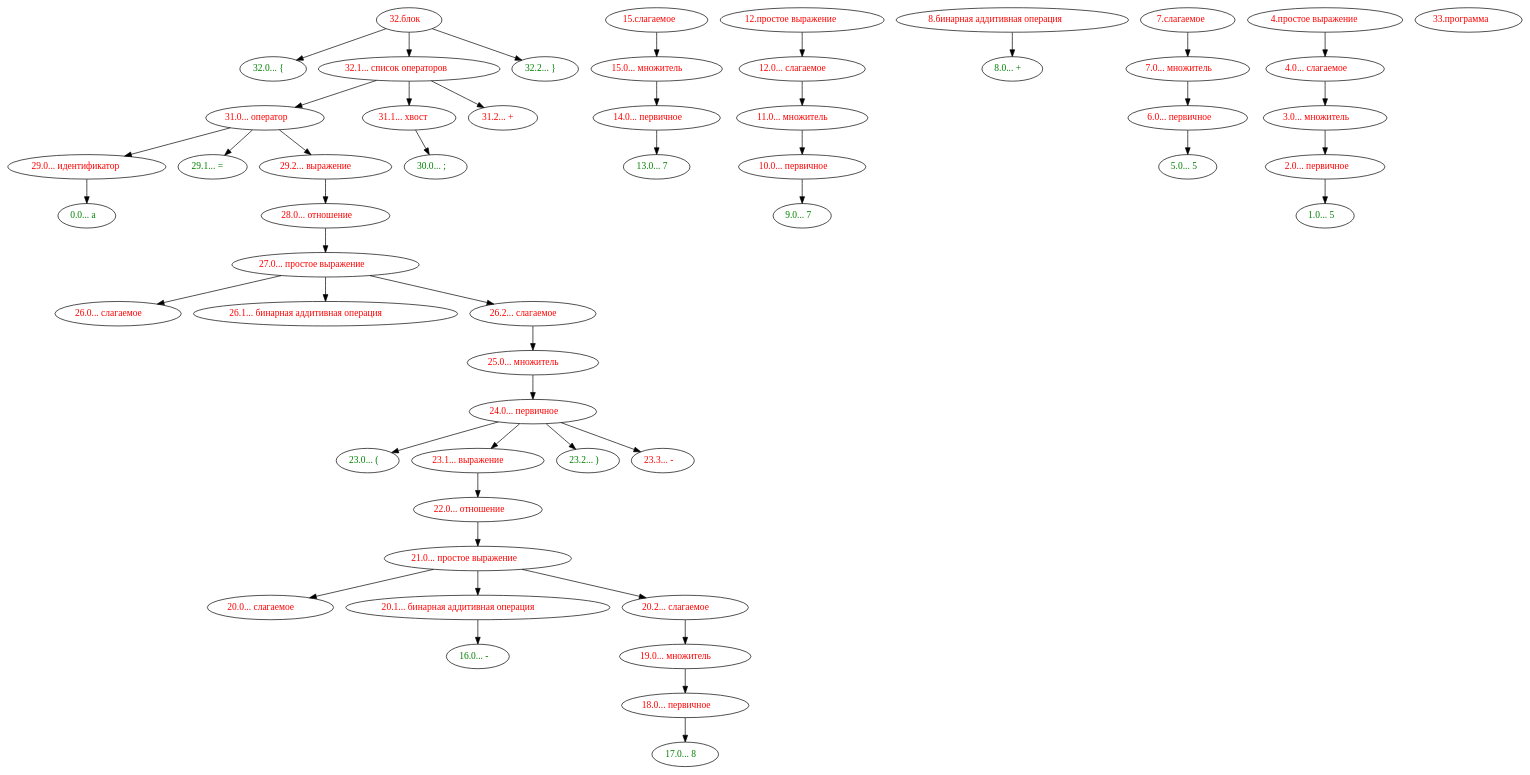
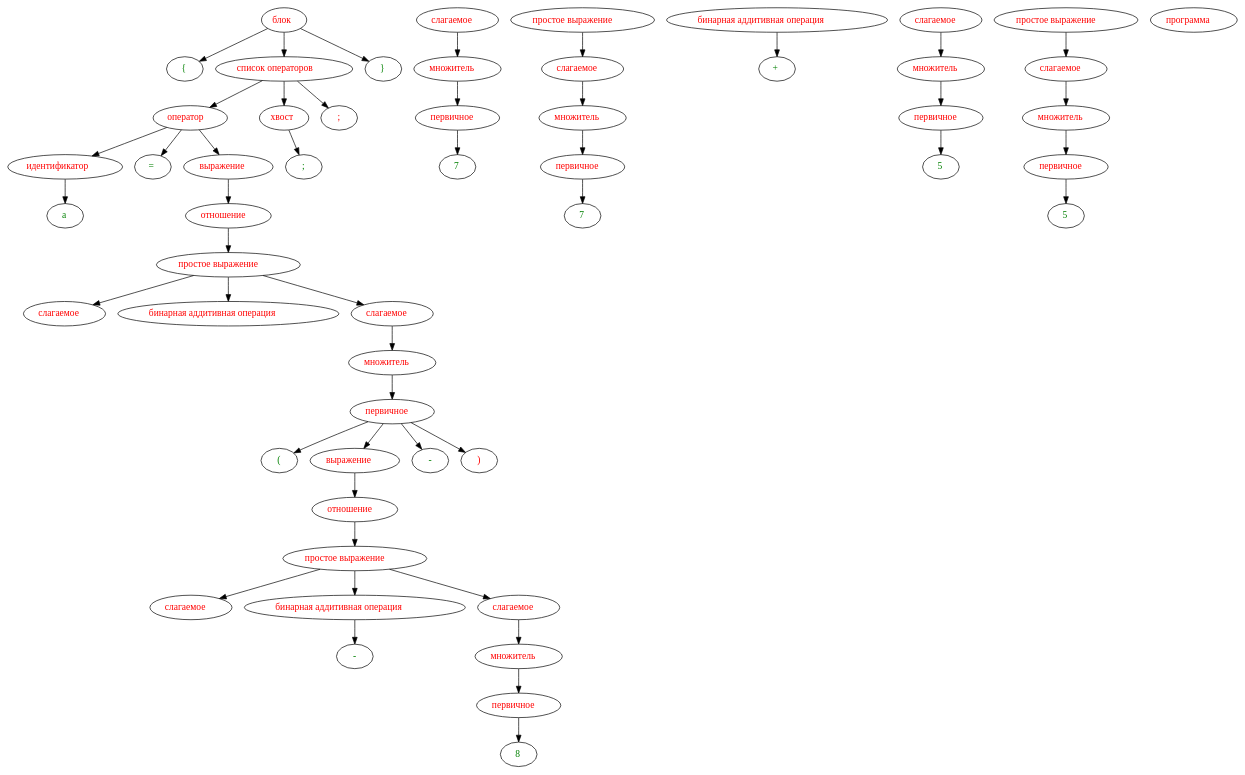
The diagram in 2/assets/hello.dot (SmartPhoneJava/compiler-design), drawn with Graphviz before and after one commit. The commit also changed 8 other files, not shown here.

```diff
--- a/2/assets/hello.dot
+++ b/2/assets/hello.dot
@@ -1,102 +1,102 @@
 digraph G {
-	"32.блок"->"32.0... {";
-	"32.блок"->"32.1... список операторов";
-	"32.блок"->"32.2... }";
-	"32.1... список операторов"->"31.0... оператор";
-	"32.1... список операторов"->"31.1... хвост";
-	"32.1... список операторов"->"31.2... +";
-	"31.1... хвост"->"30.0... ;";
-	"31.0... оператор"->"29.0... идентификатор";
-	"31.0... оператор"->"29.1... =";
-	"31.0... оператор"->"29.2... выражение";
-	"29.2... выражение"->"28.0... отношение";
-	"28.0... отношение"->"27.0... простое выражение";
-	"27.0... простое выражение"->"26.0... слагаемое";
-	"27.0... простое выражение"->"26.1... бинарная аддитивная операция";
-	"27.0... простое выражение"->"26.2... слагаемое";
-	"26.2... слагаемое"->"25.0... множитель";
-	"25.0... множитель"->"24.0... первичное";
-	"24.0... первичное"->"23.0... (";
-	"24.0... первичное"->"23.1... выражение";
-	"24.0... первичное"->"23.2... )";
-	"24.0... первичное"->"23.3... -";
-	"23.1... выражение"->"22.0... отношение";
-	"22.0... отношение"->"21.0... простое выражение";
-	"21.0... простое выражение"->"20.0... слагаемое";
-	"21.0... простое выражение"->"20.1... бинарная аддитивная операция";
-	"21.0... простое выражение"->"20.2... слагаемое";
-	"20.2... слагаемое"->"19.0... множитель";
-	"19.0... множитель"->"18.0... первичное";
-	"18.0... первичное"->"17.0... 8";
-	"20.1... бинарная аддитивная операция"->"16.0... -";
-	"15.слагаемое"->"15.0... множитель";
-	"15.0... множитель"->"14.0... первичное";
-	"14.0... первичное"->"13.0... 7";
-	"12.простое выражение"->"12.0... слагаемое";
-	"12.0... слагаемое"->"11.0... множитель";
-	"11.0... множитель"->"10.0... первичное";
-	"10.0... первичное"->"9.0... 7";
-	"8.бинарная аддитивная операция"->"8.0... +";
-	"7.слагаемое"->"7.0... множитель";
-	"7.0... множитель"->"6.0... первичное";
-	"6.0... первичное"->"5.0... 5";
-	"4.простое выражение"->"4.0... слагаемое";
-	"4.0... слагаемое"->"3.0... множитель";
-	"3.0... множитель"->"2.0... первичное";
-	"2.0... первичное"->"1.0... 5";
-	"29.0... идентификатор"->"0.0... a";
-	"0.0... a" [ label=<<font color="green">0.0... a</font>> ];
-	"1.0... 5" [ label=<<font color="green">1.0... 5</font>> ];
-	"10.0... первичное" [ label=<<font color="red">10.0... первичное</font>> ];
-	"11.0... множитель" [ label=<<font color="red">11.0... множитель</font>> ];
-	"12.0... слагаемое" [ label=<<font color="red">12.0... слагаемое</font>> ];
-	"12.простое выражение" [ label=<<font color="red">12.простое выражение</font>> ];
-	"13.0... 7" [ label=<<font color="green">13.0... 7</font>> ];
-	"14.0... первичное" [ label=<<font color="red">14.0... первичное</font>> ];
-	"15.0... множитель" [ label=<<font color="red">15.0... множитель</font>> ];
-	"15.слагаемое" [ label=<<font color="red">15.слагаемое</font>> ];
-	"16.0... -" [ label=<<font color="green">16.0... -</font>> ];
-	"17.0... 8" [ label=<<font color="green">17.0... 8</font>> ];
-	"18.0... первичное" [ label=<<font color="red">18.0... первичное</font>> ];
-	"19.0... множитель" [ label=<<font color="red">19.0... множитель</font>> ];
-	"2.0... первичное" [ label=<<font color="red">2.0... первичное</font>> ];
-	"20.0... слагаемое" [ label=<<font color="red">20.0... слагаемое</font>> ];
-	"20.1... бинарная аддитивная операция" [ label=<<font color="red">20.1... бинарная аддитивная операция</font>> ];
-	"20.2... слагаемое" [ label=<<font color="red">20.2... слагаемое</font>> ];
-	"21.0... простое выражение" [ label=<<font color="red">21.0... простое выражение</font>> ];
-	"22.0... отношение" [ label=<<font color="red">22.0... отношение</font>> ];
-	"23.0... (" [ label=<<font color="green">23.0... (</font>> ];
-	"23.1... выражение" [ label=<<font color="red">23.1... выражение</font>> ];
-	"23.2... )" [ label=<<font color="green">23.2... )</font>> ];
-	"23.3... -" [ label=<<font color="red">23.3... -</font>> ];
-	"24.0... первичное" [ label=<<font color="red">24.0... первичное</font>> ];
-	"25.0... множитель" [ label=<<font color="red">25.0... множитель</font>> ];
-	"26.0... слагаемое" [ label=<<font color="red">26.0... слагаемое</font>> ];
-	"26.1... бинарная аддитивная операция" [ label=<<font color="red">26.1... бинарная аддитивная операция</font>> ];
-	"26.2... слагаемое" [ label=<<font color="red">26.2... слагаемое</font>> ];
-	"27.0... простое выражение" [ label=<<font color="red">27.0... простое выражение</font>> ];
-	"28.0... отношение" [ label=<<font color="red">28.0... отношение</font>> ];
-	"29.0... идентификатор" [ label=<<font color="red">29.0... идентификатор</font>> ];
-	"29.1... =" [ label=<<font color="green">29.1... =</font>> ];
-	"29.2... выражение" [ label=<<font color="red">29.2... выражение</font>> ];
-	"3.0... множитель" [ label=<<font color="red">3.0... множитель</font>> ];
-	"30.0... ;" [ label=<<font color="green">30.0... ;</font>> ];
-	"31.0... оператор" [ label=<<font color="red">31.0... оператор</font>> ];
-	"31.1... хвост" [ label=<<font color="red">31.1... хвост</font>> ];
-	"31.2... +" [ label=<<font color="red">31.2... +</font>> ];
-	"32.0... {" [ label=<<font color="green">32.0... {</font>> ];
-	"32.1... список операторов" [ label=<<font color="red">32.1... список операторов</font>> ];
-	"32.2... }" [ label=<<font color="green">32.2... }</font>> ];
-	"32.блок" [ label=<<font color="red">32.блок</font>> ];
-	"33.программа" [ label=<<font color="red">33.программа</font>> ];
-	"4.0... слагаемое" [ label=<<font color="red">4.0... слагаемое</font>> ];
-	"4.простое выражение" [ label=<<font color="red">4.простое выражение</font>> ];
-	"5.0... 5" [ label=<<font color="green">5.0... 5</font>> ];
-	"6.0... первичное" [ label=<<font color="red">6.0... первичное</font>> ];
-	"7.0... множитель" [ label=<<font color="red">7.0... множитель</font>> ];
-	"7.слагаемое" [ label=<<font color="red">7.слагаемое</font>> ];
-	"8.0... +" [ label=<<font color="green">8.0... +</font>> ];
-	"8.бинарная аддитивная операция" [ label=<<font color="red">8.бинарная аддитивная операция</font>> ];
-	"9.0... 7" [ label=<<font color="green">9.0... 7</font>> ];
+	"1."->"2.";
+	"1."->"3.";
+	"1."->"4.";
+	"3."->"5.";
+	"3."->"6.";
+	"3."->"7.";
+	"6."->"8.";
+	"5."->"9.";
+	"5."->"10.";
+	"5."->"11.";
+	"11."->"12.";
+	"12."->"13.";
+	"13."->"14.";
+	"13."->"15.";
+	"13."->"16.";
+	"16."->"17.";
+	"17."->"18.";
+	"18."->"19.";
+	"18."->"20.";
+	"18."->"21.";
+	"18."->"22.";
+	"20."->"23.";
+	"23."->"24.";
+	"24."->"25.";
+	"24."->"26.";
+	"24."->"27.";
+	"27."->"28.";
+	"28."->"29.";
+	"29."->"30.";
+	"26."->"31.";
+	"32."->"33.";
+	"33."->"34.";
+	"34."->"35.";
+	"36."->"37.";
+	"37."->"38.";
+	"38."->"39.";
+	"39."->"40.";
+	"41."->"42.";
+	"43."->"44.";
+	"44."->"45.";
+	"45."->"46.";
+	"47."->"48.";
+	"48."->"49.";
+	"49."->"50.";
+	"50."->"51.";
+	"9."->"52.";
+	"0." [ label=<<font color="red">программа</font>> ];
+	"1." [ label=<<font color="red">блок</font>> ];
+	"10." [ label=<<font color="green">=</font>> ];
+	"11." [ label=<<font color="red">выражение</font>> ];
+	"12." [ label=<<font color="red">отношение</font>> ];
+	"13." [ label=<<font color="red">простое выражение</font>> ];
+	"14." [ label=<<font color="red">слагаемое</font>> ];
+	"15." [ label=<<font color="red">бинарная аддитивная операция</font>> ];
+	"16." [ label=<<font color="red">слагаемое</font>> ];
+	"17." [ label=<<font color="red">множитель</font>> ];
+	"18." [ label=<<font color="red">первичное</font>> ];
+	"19." [ label=<<font color="green">(</font>> ];
+	"2." [ label=<<font color="green">{</font>> ];
+	"20." [ label=<<font color="red">выражение</font>> ];
+	"21." [ label=<<font color="green">-</font>> ];
+	"22." [ label=<<font color="red">)</font>> ];
+	"23." [ label=<<font color="red">отношение</font>> ];
+	"24." [ label=<<font color="red">простое выражение</font>> ];
+	"25." [ label=<<font color="red">слагаемое</font>> ];
+	"26." [ label=<<font color="red">бинарная аддитивная операция</font>> ];
+	"27." [ label=<<font color="red">слагаемое</font>> ];
+	"28." [ label=<<font color="red">множитель</font>> ];
+	"29." [ label=<<font color="red">первичное</font>> ];
+	"3." [ label=<<font color="red">список операторов</font>> ];
+	"30." [ label=<<font color="green">8</font>> ];
+	"31." [ label=<<font color="green">-</font>> ];
+	"32." [ label=<<font color="red">слагаемое</font>> ];
+	"33." [ label=<<font color="red">множитель</font>> ];
+	"34." [ label=<<font color="red">первичное</font>> ];
+	"35." [ label=<<font color="green">7</font>> ];
+	"36." [ label=<<font color="red">простое выражение</font>> ];
+	"37." [ label=<<font color="red">слагаемое</font>> ];
+	"38." [ label=<<font color="red">множитель</font>> ];
+	"39." [ label=<<font color="red">первичное</font>> ];
+	"4." [ label=<<font color="green">}</font>> ];
+	"40." [ label=<<font color="green">7</font>> ];
+	"41." [ label=<<font color="red">бинарная аддитивная операция</font>> ];
+	"42." [ label=<<font color="green">+</font>> ];
+	"43." [ label=<<font color="red">слагаемое</font>> ];
+	"44." [ label=<<font color="red">множитель</font>> ];
+	"45." [ label=<<font color="red">первичное</font>> ];
+	"46." [ label=<<font color="green">5</font>> ];
+	"47." [ label=<<font color="red">простое выражение</font>> ];
+	"48." [ label=<<font color="red">слагаемое</font>> ];
+	"49." [ label=<<font color="red">множитель</font>> ];
+	"5." [ label=<<font color="red">оператор</font>> ];
+	"50." [ label=<<font color="red">первичное</font>> ];
+	"51." [ label=<<font color="green">5</font>> ];
+	"52." [ label=<<font color="green">a</font>> ];
+	"6." [ label=<<font color="red">хвост</font>> ];
+	"7." [ label=<<font color="red">;</font>> ];
+	"8." [ label=<<font color="green">;</font>> ];
+	"9." [ label=<<font color="red">идентификатор</font>> ];
 
 }
```
